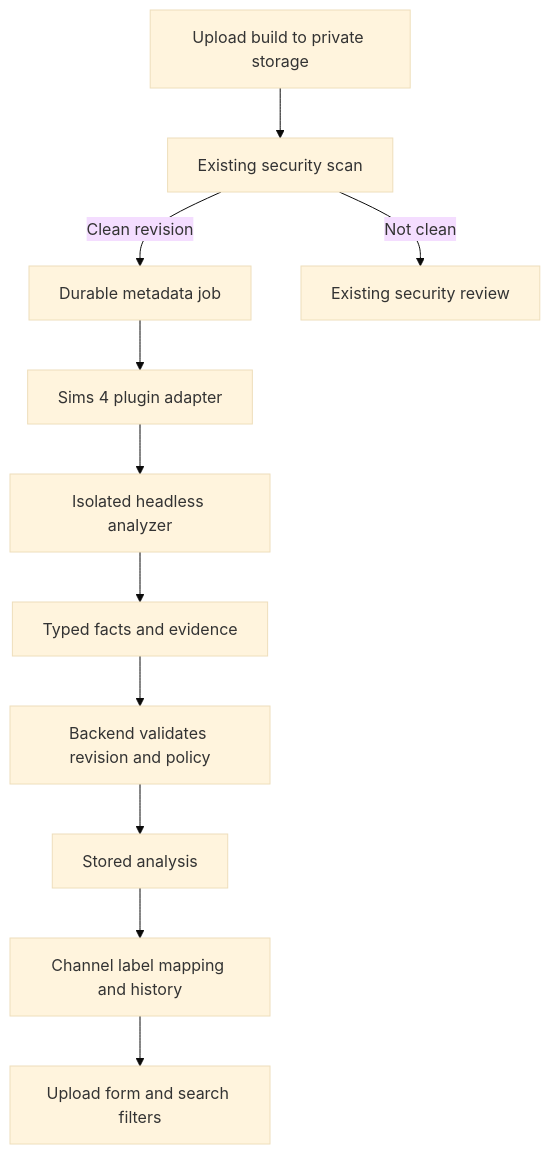
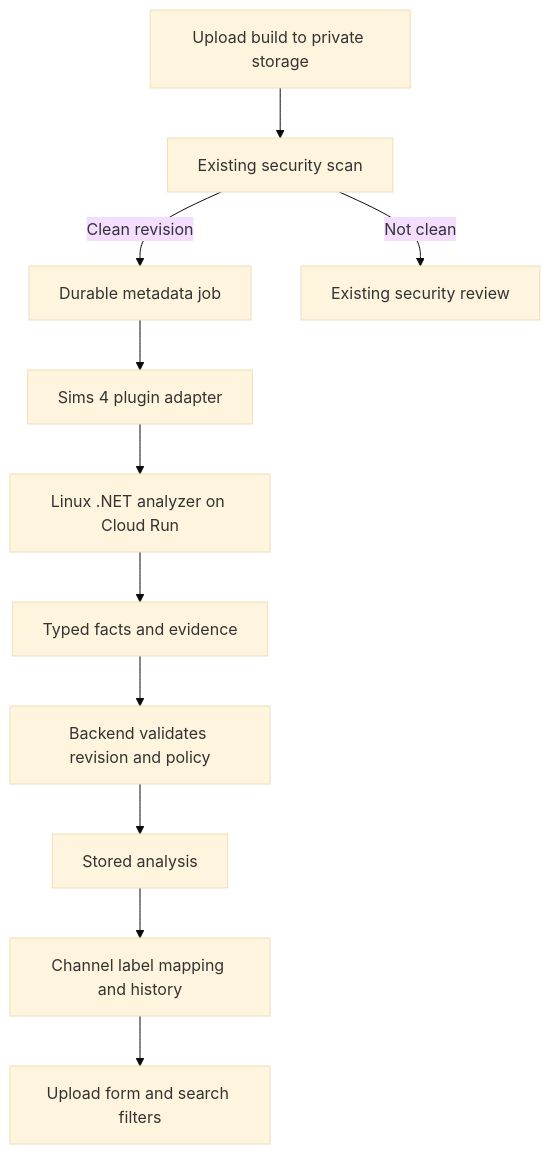
Before and after one commit to gennit-project/multiforum-backend: the diagram in docs/sims4-build-auto-labeler-design.md, drawn with Mermaid (base theme). The commit also changed other lines of this file, not shown here.

Commit message:
docs: update auto-labeler design with Linux spike findings

````diff
--- a/docs/sims4-build-auto-labeler-design.md
+++ b/docs/sims4-build-auto-labeler-design.md
@@ -67,13 +80,13 @@
 ```mermaid
 flowchart TD
     U[Upload build to private storage] --> S[Existing security scan]
     S -->|Clean revision| J[Durable metadata job]
     J --> P[Sims 4 plugin adapter]
-    P --> A[Isolated headless analyzer]
+    P --> A[Linux .NET analyzer on Cloud Run]
     A --> R[Typed facts and evidence]
     R --> B[Backend validates revision and policy]
     B --> F[Stored analysis]
     F --> L[Channel label mapping and history]
     L --> UI[Upload form and search filters]
     S -->|Not clean| H[Existing security review]
 ```
````
